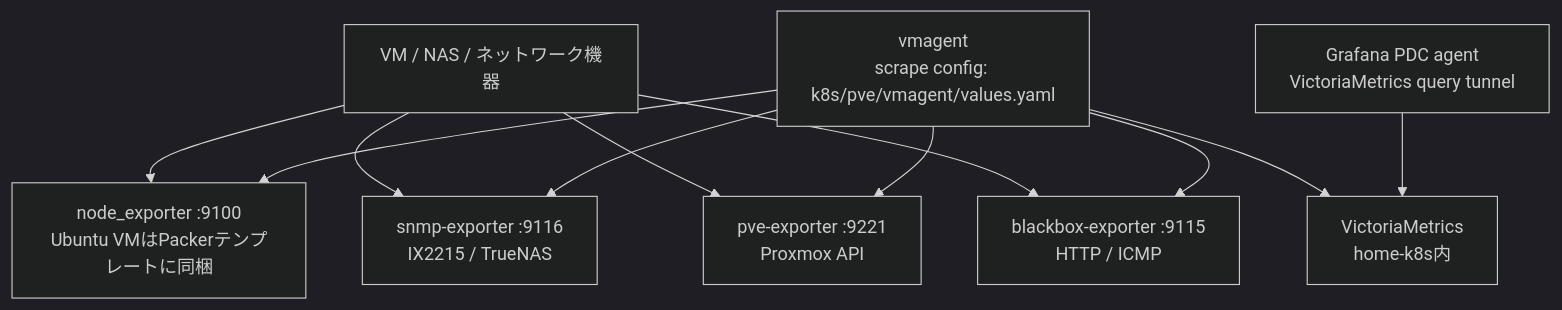
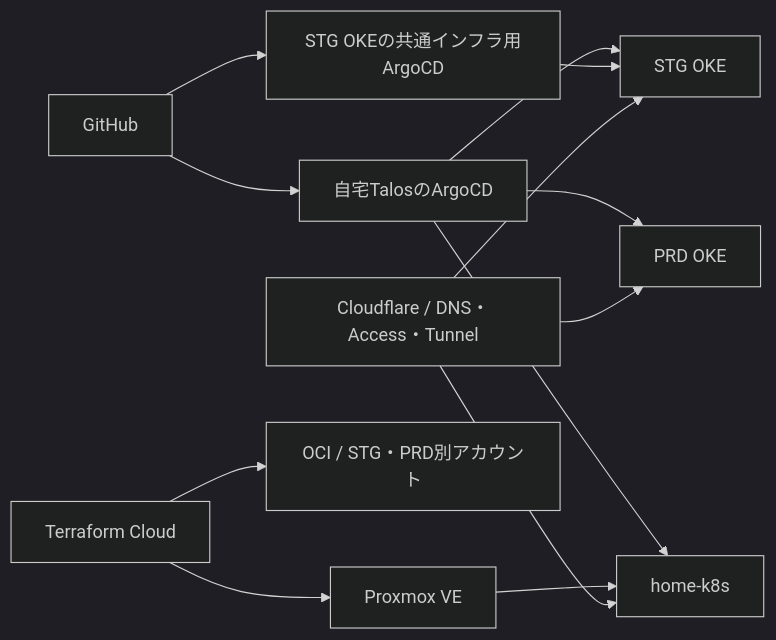
One commit to miutaku/my-infra changed the diagram in README.md. Above: the diagram before and after it, drawn with Mermaid (dark theme). The commit also changed other lines of this file, not shown here.

````diff
--- a/README.md
+++ b/README.md
@@ -327,22 +7,15 @@
 ```mermaid
-flowchart TB
-  Hosts[VM / NAS / ネットワーク機器]
-  Node[node_exporter :9100<br/>Ubuntu VMはPackerテンプレートに同梱]
-  SNMP[snmp-exporter :9116<br/>IX2215 / TrueNAS]
-  PVE[pve-exporter :9221<br/>Proxmox API]
-  Blackbox[blackbox-exporter :9115<br/>HTTP / ICMP]
-  Agent[vmagent<br/>scrape config: k8s/pve/vmagent/values.yaml]
-  VM[VictoriaMetrics<br/>home-k8s内]
-  PDC[Grafana PDC agent<br/>VictoriaMetrics query tunnel]
-
-  Hosts --> Node
-  Hosts --> SNMP
-  Hosts --> PVE
-  Hosts --> Blackbox
-  Agent --> Node
-  Agent --> SNMP
-  Agent --> PVE
-  Agent --> Blackbox
-  Agent --> VM
-  PDC --> VM
+flowchart LR
+  Git[GitHub] --> HomeArgo[自宅TalosのArgoCD]
+  Git --> OKEArgo[STG OKEの共通インフラ用ArgoCD]
+  HomeArgo --> Home[home-k8s]
+  HomeArgo --> STG[STG OKE]
+  HomeArgo --> PRD[PRD OKE]
+  OKEArgo --> STG
+  TFC[Terraform Cloud] --> PVE[Proxmox VE]
+  TFC --> OCI[OCI / STG・PRD別アカウント]
+  PVE --> Home
+  CF[Cloudflare / DNS・Access・Tunnel] --> Home
+  CF --> STG
+  CF --> PRD
 ```
````
